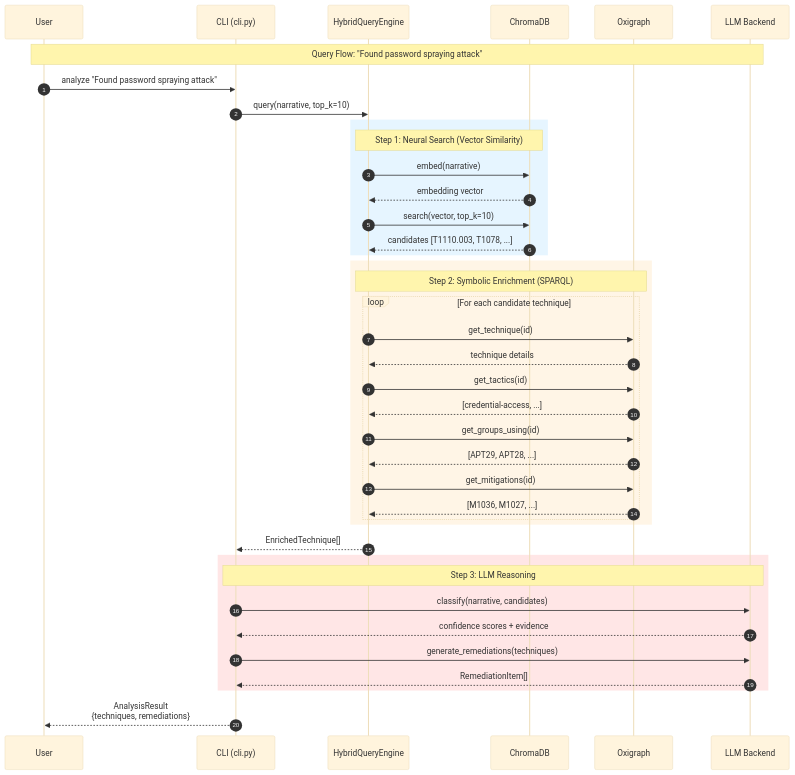
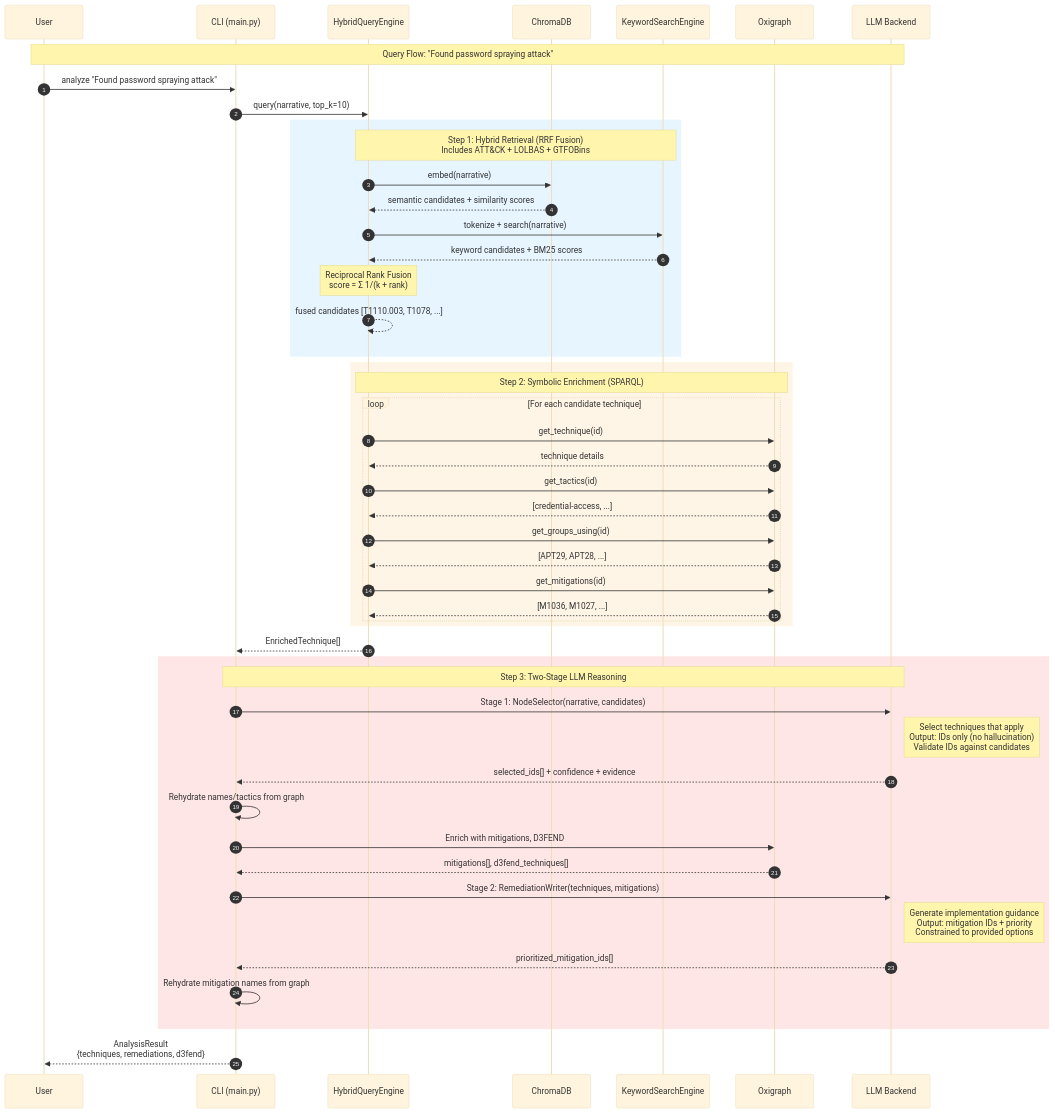
The diagram in docs/architecture/data-flow.mmd (jackwillis/attack-kg), drawn with Mermaid before and after one commit. The commit also changed 4 other files, not shown here.

First line of the commit message:
Fix architecture diagrams for accuracy and completeness

```diff
--- a/docs/architecture/data-flow.mmd
+++ b/docs/architecture/data-flow.mmd
@@ -1,49 +1,58 @@
 %%{init: {'theme': 'base'}}%%
 
 sequenceDiagram
     autonumber
     participant User
-    participant CLI as CLI (cli.py)
+    participant CLI as CLI (main.py)
     participant Hybrid as HybridQueryEngine
     participant Vectors as ChromaDB
+    participant BM25 as KeywordSearchEngine
     participant Graph as Oxigraph
     participant LLM as LLM Backend
 
     Note over User,LLM: Query Flow: "Found password spraying attack"
 
     User->>CLI: analyze "Found password spraying attack"
     CLI->>Hybrid: query(narrative, top_k=10)
 
     rect rgb(230, 245, 255)
-        Note over Hybrid,Vectors: Step 1: Neural Search (Vector Similarity)
+        Note over Hybrid,BM25: Step 1: Hybrid Retrieval (RRF Fusion)<br/>Includes ATT&CK + LOLBAS + GTFOBins
         Hybrid->>Vectors: embed(narrative)
-        Vectors-->>Hybrid: embedding vector
-        Hybrid->>Vectors: search(vector, top_k=10)
-        Vectors-->>Hybrid: candidates [T1110.003, T1078, ...]
+        Vectors-->>Hybrid: semantic candidates + similarity scores
+        Hybrid->>BM25: tokenize + search(narrative)
+        BM25-->>Hybrid: keyword candidates + BM25 scores
+        Note over Hybrid: Reciprocal Rank Fusion<br/>score = Σ 1/(k + rank)
+        Hybrid-->>Hybrid: fused candidates [T1110.003, T1078, ...]
     end
 
     rect rgb(255, 245, 230)
         Note over Hybrid,Graph: Step 2: Symbolic Enrichment (SPARQL)
         loop For each candidate technique
             Hybrid->>Graph: get_technique(id)
             Graph-->>Hybrid: technique details
             Hybrid->>Graph: get_tactics(id)
             Graph-->>Hybrid: [credential-access, ...]
             Hybrid->>Graph: get_groups_using(id)
             Graph-->>Hybrid: [APT29, APT28, ...]
             Hybrid->>Graph: get_mitigations(id)
             Graph-->>Hybrid: [M1036, M1027, ...]
         end
     end
 
     Hybrid-->>CLI: EnrichedTechnique[]
 
     rect rgb(255, 230, 230)
-        Note over CLI,LLM: Step 3: LLM Reasoning
-        CLI->>LLM: classify(narrative, candidates)
-        LLM-->>CLI: confidence scores + evidence
-        CLI->>LLM: generate_remediations(techniques)
-        LLM-->>CLI: RemediationItem[]
+        Note over CLI,LLM: Step 3: Two-Stage LLM Reasoning
+        CLI->>LLM: Stage 1: NodeSelector(narrative, candidates)
+        Note right of LLM: Select techniques that apply<br/>Output: IDs only (no hallucination)<br/>Validate IDs against candidates
+        LLM-->>CLI: selected_ids[] + confidence + evidence
+        CLI->>CLI: Rehydrate names/tactics from graph
+        CLI->>Graph: Enrich with mitigations, D3FEND
+        Graph-->>CLI: mitigations[], d3fend_techniques[]
+        CLI->>LLM: Stage 2: RemediationWriter(techniques, mitigations)
+        Note right of LLM: Generate implementation guidance<br/>Output: mitigation IDs + priority<br/>Constrained to provided options
+        LLM-->>CLI: prioritized_mitigation_ids[]
+        CLI->>CLI: Rehydrate mitigation names from graph
     end
 
-    CLI-->>User: AnalysisResult<br/>{techniques, remediations}
+    CLI-->>User: AnalysisResult<br/>{techniques, remediations, d3fend}
```
